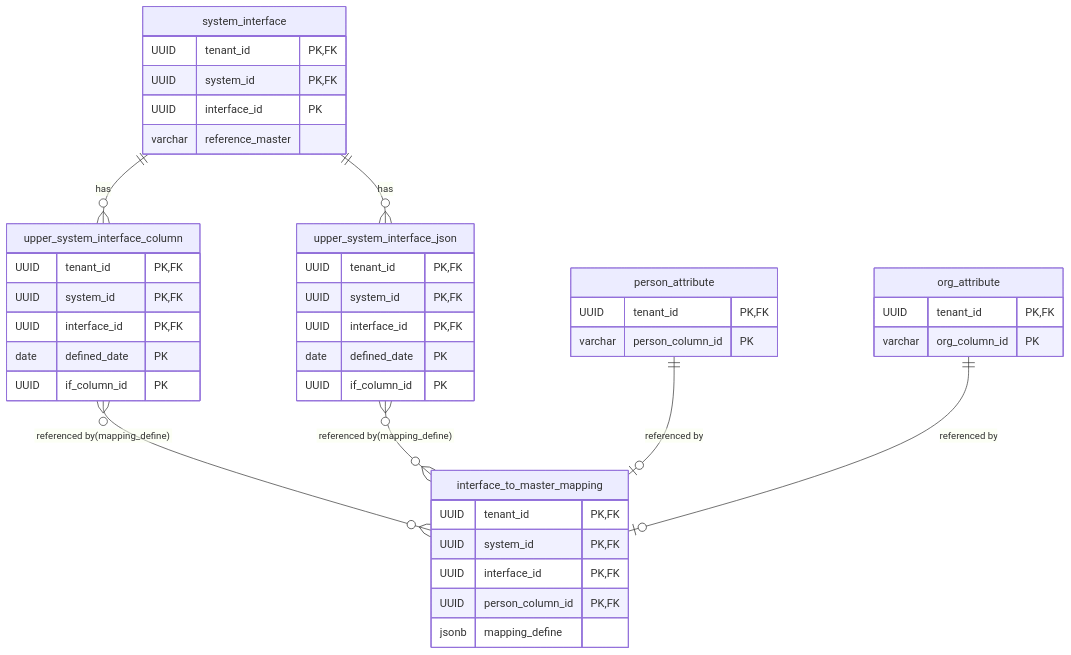
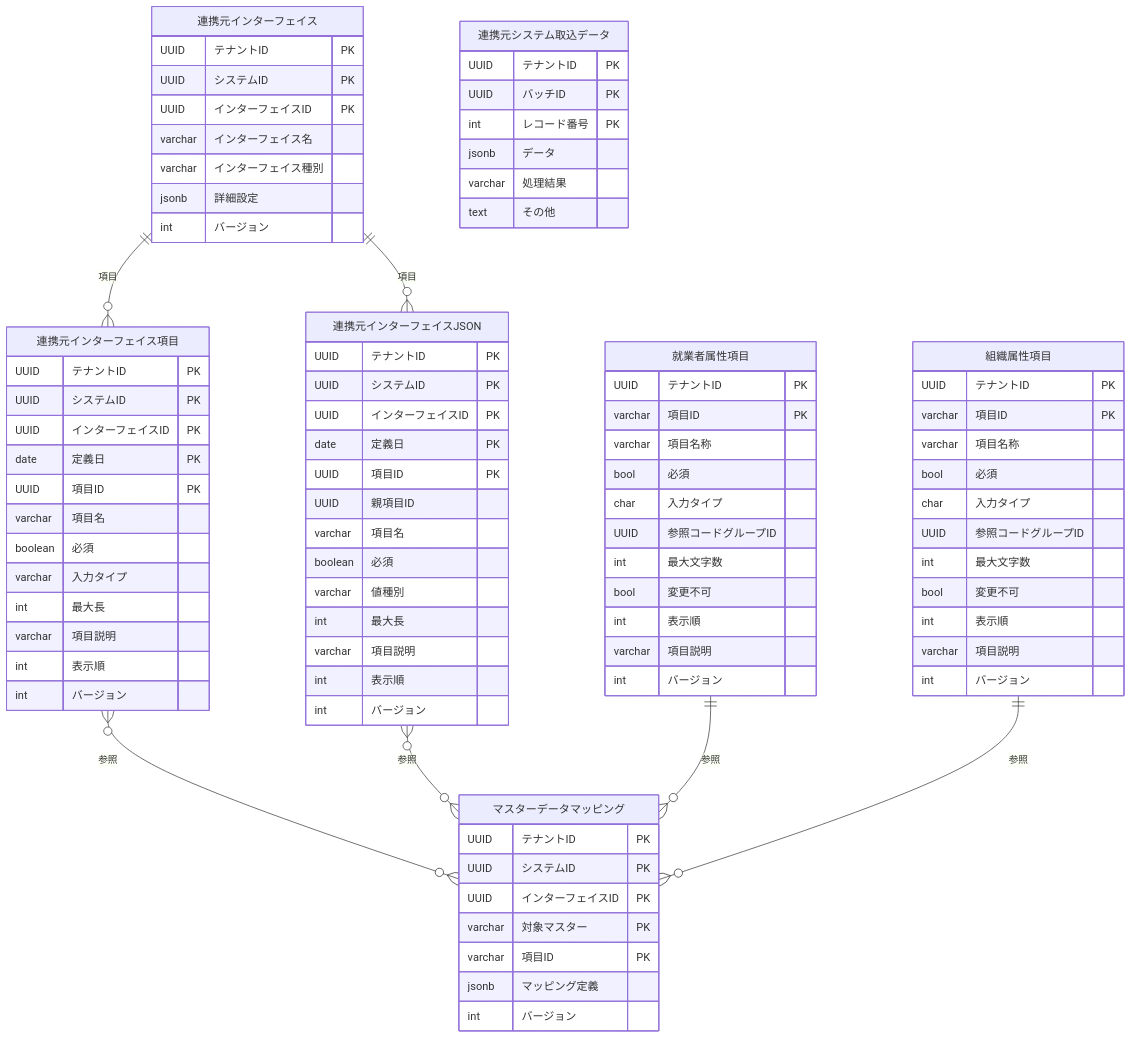
Before and after one commit to imlv-huandd/idcontrol: the fifth of 7 diagrams in spec/基本設計/エンティティ定義/内部設計/エンティティ定義.md, drawn with Mermaid. The commit also changed other lines of this file and 50 other files, not shown here.

````diff
--- a/spec/基本設計/エンティティ定義/内部設計/エンティティ定義.md
+++ b/spec/基本設計/エンティティ定義/内部設計/エンティティ定義.md
@@ -848,47 +943,91 @@
 ```mermaid
 erDiagram
-    system_interface ||--o{ upper_system_interface_column : "has"
-    system_interface ||--o{ upper_system_interface_json : "has"
+    連携元インターフェイス ||--o{ 連携元インターフェイス項目 : "項目"
+    連携元インターフェイス ||--o{ 連携元インターフェイスJSON : "項目"
+    連携元インターフェイス項目 }o--o{ マスターデータマッピング : "参照"
+    連携元インターフェイスJSON }o--o{ マスターデータマッピング : "参照"
+    就業者属性項目 ||--o{ マスターデータマッピング : "参照"
+    組織属性項目 ||--o{ マスターデータマッピング : "参照"
 
-    upper_system_interface_column }o--o{ interface_to_master_mapping : "referenced by(mapping_define)"
-    upper_system_interface_json }o--o{ interface_to_master_mapping : "referenced by(mapping_define)"
-    person_attribute ||--o| interface_to_master_mapping   : "referenced by"    
-    org_attribute ||--o| interface_to_master_mapping   : "referenced by"
-
-    system_interface {
-        UUID tenant_id PK,FK
-        UUID system_id PK,FK
-        UUID interface_id PK
-        varchar reference_master
+    連携元インターフェイス {
+        UUID テナントID PK
+        UUID システムID PK
+        UUID インターフェイスID PK
+        varchar インターフェイス名
+        varchar インターフェイス種別
+        jsonb 詳細設定
+        int バージョン
     }
-    upper_system_interface_column {
-        UUID tenant_id PK,FK
-        UUID system_id PK,FK
-        UUID interface_id PK,FK
-        date defined_date PK
-        UUID if_column_id PK
+    連携元インターフェイス項目 {
+        UUID テナントID PK
+        UUID システムID PK
+        UUID インターフェイスID PK
+        date 定義日 PK
+        UUID 項目ID PK
+        varchar 項目名
+        boolean 必須
+        varchar 入力タイプ
+        int 最大長
+        varchar 項目説明
+        int 表示順
+        int バージョン
     }
-
-    upper_system_interface_json {
-        UUID tenant_id PK,FK
-        UUID system_id PK,FK
-        UUID interface_id PK,FK
-        date defined_date PK
-        UUID if_column_id PK
+    連携元インターフェイスJSON {
+        UUID テナントID PK
+        UUID システムID PK
+        UUID インターフェイスID PK
+        date 定義日 PK
+        UUID 項目ID PK
+        UUID 親項目ID
+        varchar 項目名
+        boolean 必須
+        varchar 値種別
+        int 最大長
+        varchar 項目説明
+        int 表示順
+        int バージョン
     }
-    interface_to_master_mapping {
-        UUID tenant_id PK,FK
-        UUID system_id PK,FK
-        UUID interface_id PK,FK
-        UUID person_column_id PK,FK
-        jsonb mapping_define
+    マスターデータマッピング {
+        UUID テナントID PK
+        UUID システムID PK
+        UUID インターフェイスID PK
+        varchar 対象マスター PK
+        varchar 項目ID PK
+        jsonb マッピング定義
+        int バージョン
     }
-    person_attribute {
-        UUID tenant_id PK,FK
-        varchar person_column_id PK
+    就業者属性項目 {
+        UUID テナントID PK
+        varchar 項目ID PK
+        varchar 項目名称
+        bool 必須
+        char 入力タイプ
+        UUID 参照コードグループID
+        int 最大文字数
+        bool 変更不可
+        int 表示順
+        varchar 項目説明
+        int バージョン
     }
-    org_attribute {
-        UUID tenant_id PK,FK
-        varchar org_column_id PK
+    組織属性項目 {
+        UUID テナントID PK
+        varchar 項目ID PK
+        varchar 項目名称
+        bool 必須
+        char 入力タイプ
+        UUID 参照コードグループID
+        int 最大文字数
+        bool 変更不可
+        int 表示順
+        varchar 項目説明
+        int バージョン
+    }
+    連携元システム取込データ {
+        UUID テナントID PK
+        UUID バッチID PK
+        int レコード番号 PK
+        jsonb データ
+        varchar 処理結果
+        text その他
     }
 ```
````
